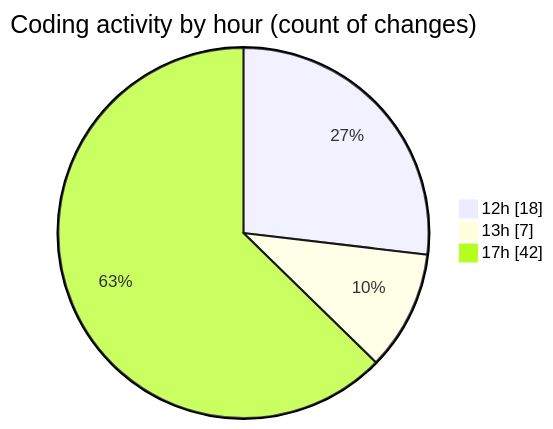
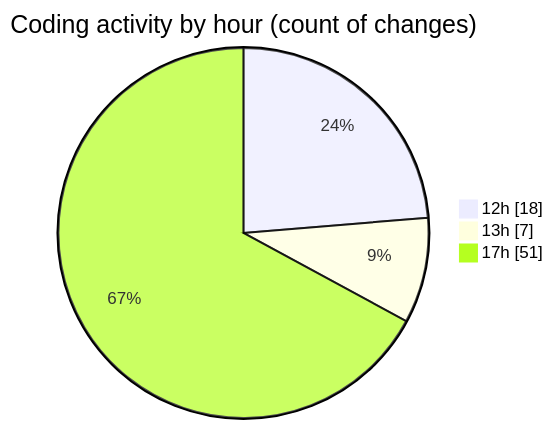
The second of 2 diagrams in 2025-06-14/nxtqube_webapp/README.md (nxtqubesakshisongat/code-tracking), drawn with Mermaid before and after one commit. The commit also changed other lines of this file and 1 other file, not shown here.

````diff
--- a/2025-06-14/nxtqube_webapp/README.md
+++ b/2025-06-14/nxtqube_webapp/README.md
@@ -34,7 +34,7 @@
 ```mermaid
 pie showData
 title Coding activity by hour (count of changes)
 "12h" : 18
 "13h" : 7
-"17h" : 42
+"17h" : 51
 ```
````
